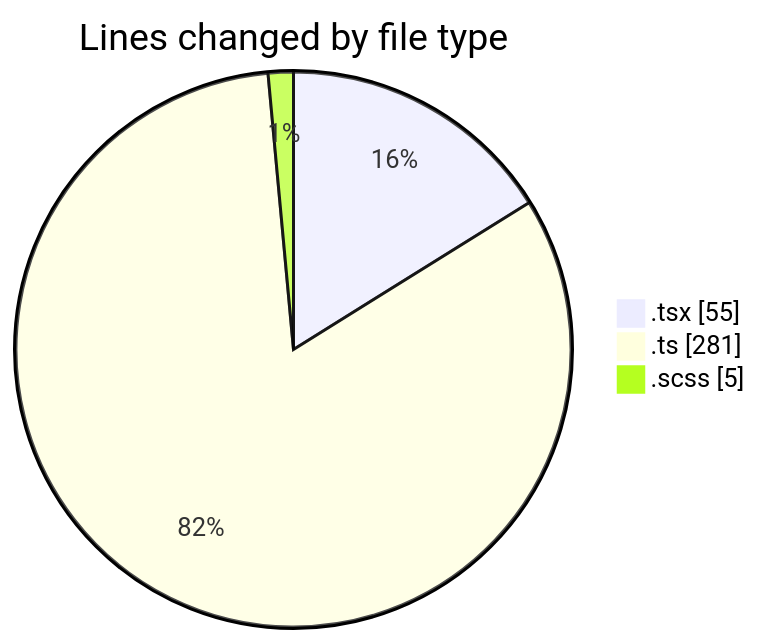
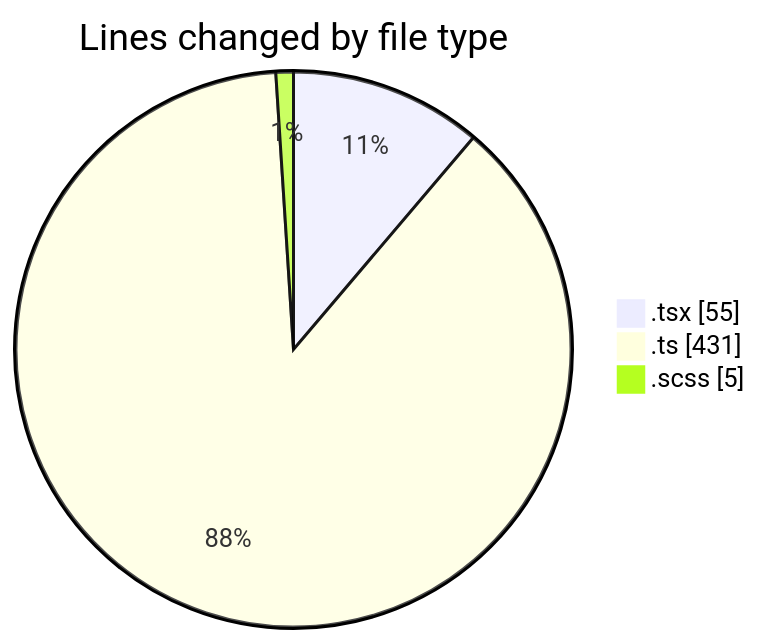
The first of 2 diagrams in 2025-10-07/cda/README.md (momahboobian/code-tracking), drawn with Mermaid before and after one commit. The commit also changed other lines of this file and 1 other file, not shown here.

````diff
--- a/2025-10-07/cda/README.md
+++ b/2025-10-07/cda/README.md
@@ -25,7 +25,7 @@
 ```mermaid
 pie showData
 title Lines changed by file type
 ".tsx" : 55
-".ts" : 281
+".ts" : 431
 ".scss" : 5
 ```
````
